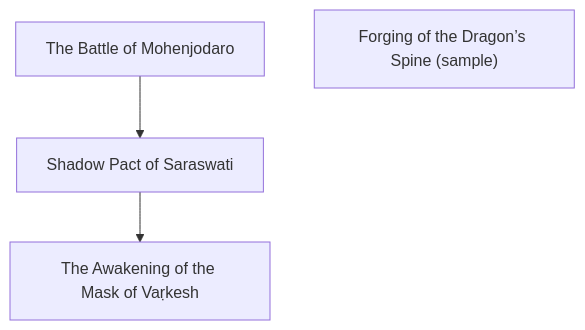
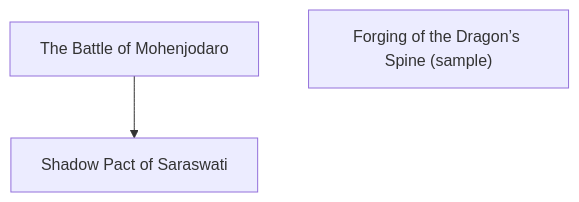
Before and after one commit to lordlebu/SouthOfTethys: the second of 6 diagrams in docs/atlas.md, drawn with Mermaid. The commit also changed other lines of this file and 14 other files, not shown here.

````diff
--- a/docs/atlas.md
+++ b/docs/atlas.md
@@ -72,9 +74,7 @@
 ```mermaid
 graph TD
     E0["The Battle of Mohenjodaro"]
     E1["Forging of the Dragon’s Spine (sample)"]
     E2["Shadow Pact of Saraswati"]
-    E3["The Awakening of the Mask of Vaṛkesh"]
     E0 --> E2
-    E2 --> E3
 ```
````
